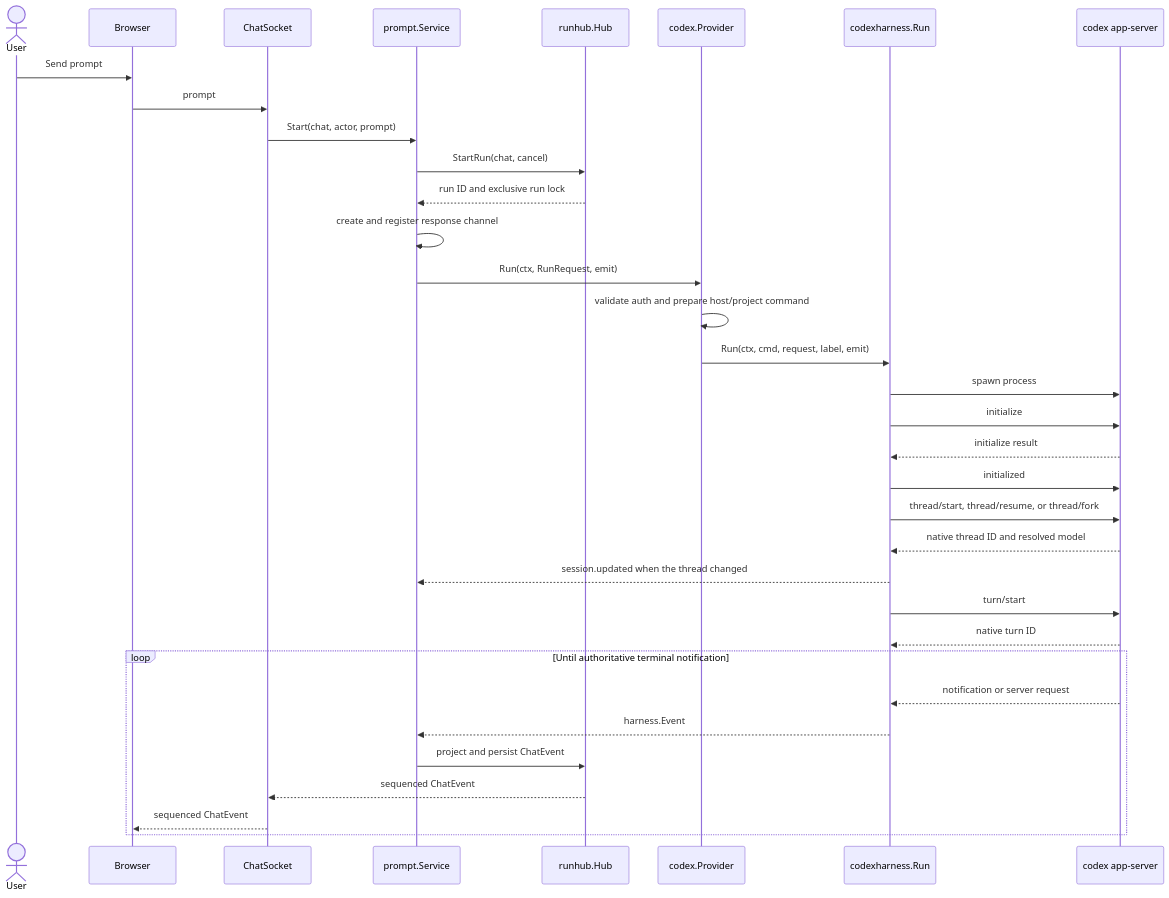
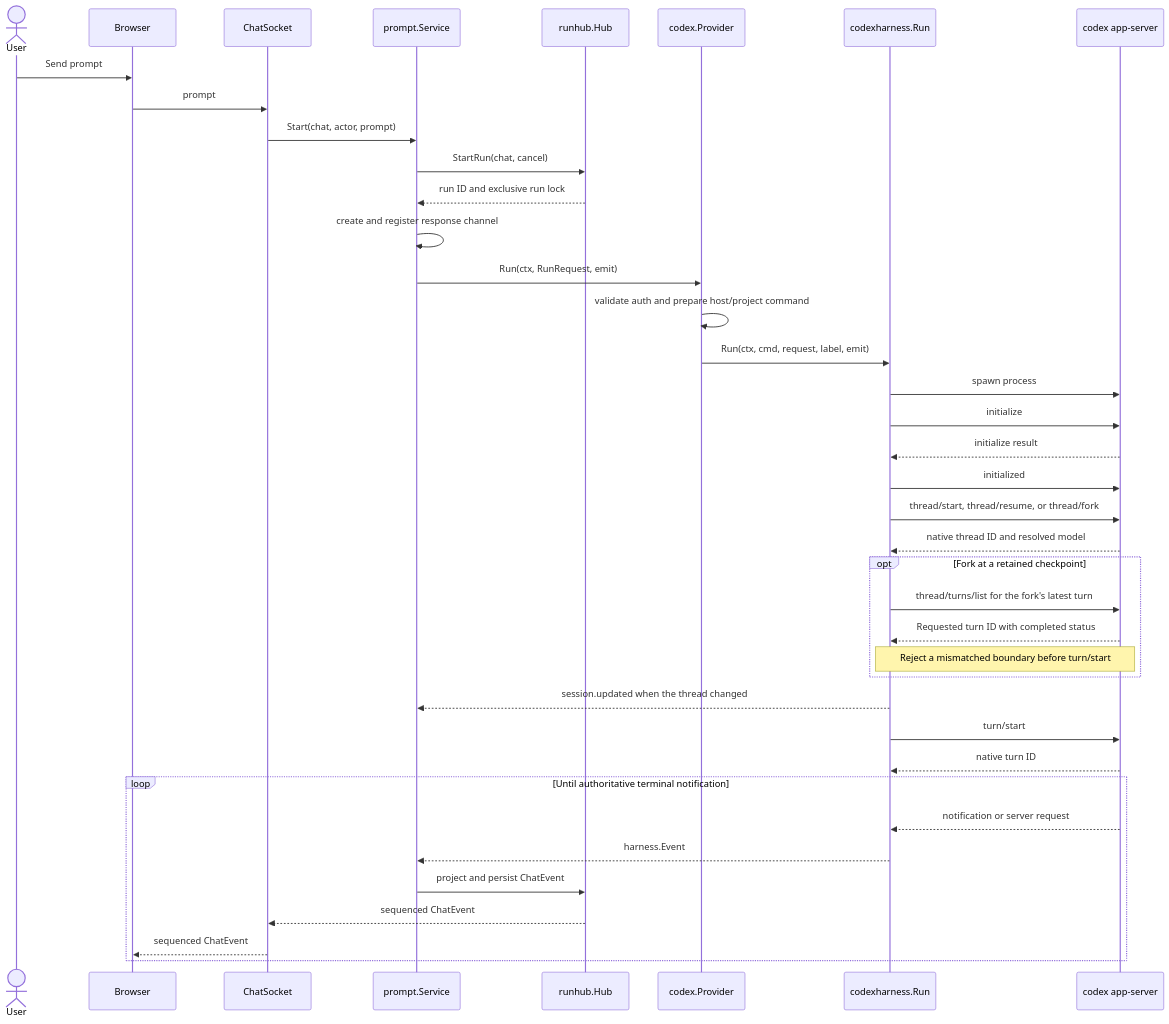
Before and after one commit to futrx-com/remote.futrx: the second of 6 diagrams in docs/dev/agents/08-codex-app-server-architecture.md, drawn with Mermaid. The commit also changed other lines of this file and 40 other files, not shown here.

````diff
--- a/docs/dev/agents/08-codex-app-server-architecture.md
+++ b/docs/dev/agents/08-codex-app-server-architecture.md
@@ -63,37 +63,42 @@
 ```mermaid
 sequenceDiagram
     actor User
     participant Browser
     participant Socket as ChatSocket
     participant Prompt as prompt.Service
     participant Hub as runhub.Hub
     participant Provider as codex.Provider
     participant Harness as codexharness.Run
     participant Server as codex app-server
 
     User->>Browser: Send prompt
     Browser->>Socket: prompt
     Socket->>Prompt: Start(chat, actor, prompt)
     Prompt->>Hub: StartRun(chat, cancel)
     Hub-->>Prompt: run ID and exclusive run lock
     Prompt->>Prompt: create and register response channel
     Prompt->>Provider: Run(ctx, RunRequest, emit)
     Provider->>Provider: validate auth and prepare host/project command
     Provider->>Harness: Run(ctx, cmd, request, label, emit)
     Harness->>Server: spawn process
     Harness->>Server: initialize
     Server-->>Harness: initialize result
     Harness->>Server: initialized
     Harness->>Server: thread/start, thread/resume, or thread/fork
     Server-->>Harness: native thread ID and resolved model
+    opt Fork at a retained checkpoint
+        Harness->>Server: thread/turns/list for the fork's latest turn
+        Server-->>Harness: Requested turn ID with completed status
+        Note over Harness,Server: Reject a mismatched boundary before turn/start
+    end
     Harness-->>Prompt: session.updated when the thread changed
     Harness->>Server: turn/start
     Server-->>Harness: native turn ID
     loop Until authoritative terminal notification
         Server-->>Harness: notification or server request
         Harness-->>Prompt: harness.Event
         Prompt->>Hub: project and persist ChatEvent
         Hub-->>Socket: sequenced ChatEvent
         Socket-->>Browser: sequenced ChatEvent
     end
 ```
````
